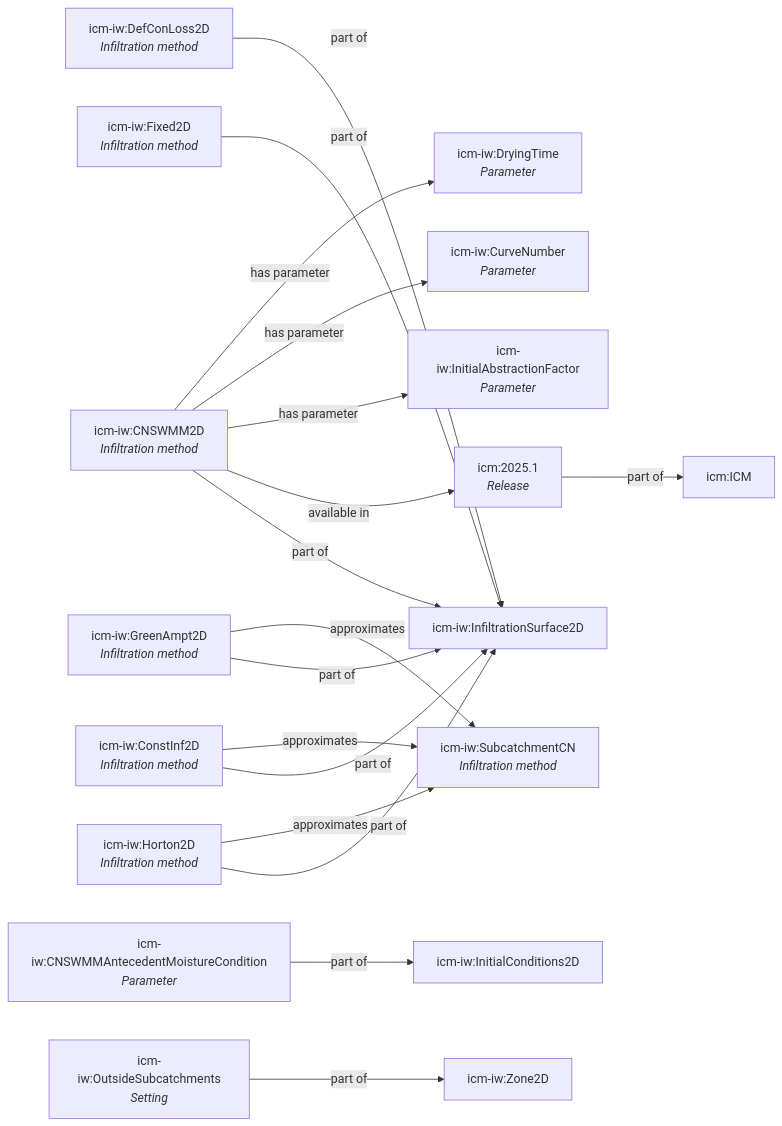
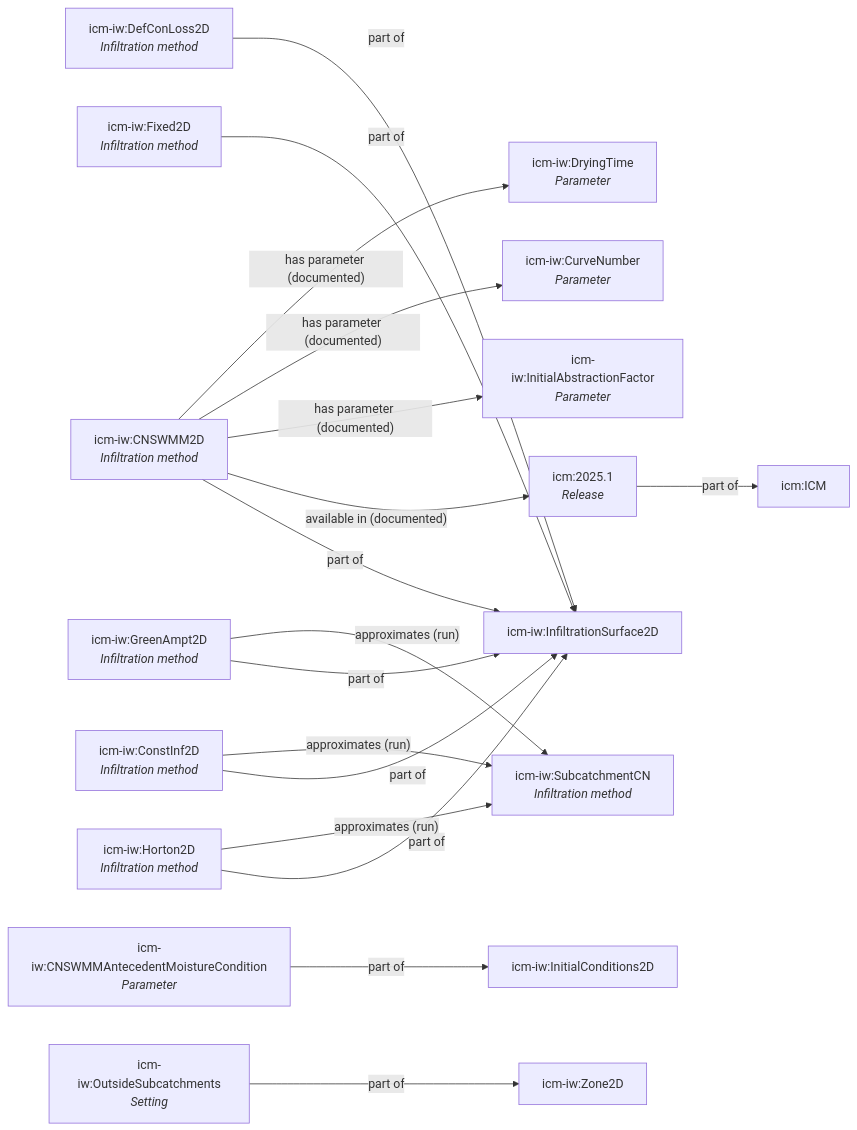
One commit to dickinsonre/swmm-second-brain changed the first of 3 diagrams in ontology/graph.md. Above: the diagram before and after it, drawn with Mermaid. The commit also changed other lines of this file and 21 other files, not shown here.

````diff
--- a/ontology/graph.md
+++ b/ontology/graph.md
@@ -7,36 +7,36 @@
 ```mermaid
 flowchart LR
   n0["icm-iw:Fixed2D<br/><i>Infiltration method</i>"]
   n1["icm-iw:InfiltrationSurface2D"]
   n2["icm-iw:Horton2D<br/><i>Infiltration method</i>"]
   n3["icm-iw:ConstInf2D<br/><i>Infiltration method</i>"]
   n4["icm-iw:GreenAmpt2D<br/><i>Infiltration method</i>"]
   n5["icm-iw:DefConLoss2D<br/><i>Infiltration method</i>"]
   n6["icm-iw:CNSWMM2D<br/><i>Infiltration method</i>"]
   n7["icm:2025.1<br/><i>Release</i>"]
   n8["icm:ICM"]
   n9["icm-iw:InitialAbstractionFactor<br/><i>Parameter</i>"]
   n10["icm-iw:CurveNumber<br/><i>Parameter</i>"]
   n11["icm-iw:DryingTime<br/><i>Parameter</i>"]
   n12["icm-iw:CNSWMMAntecedentMoistureCondition<br/><i>Parameter</i>"]
   n13["icm-iw:InitialConditions2D"]
   n14["icm-iw:SubcatchmentCN<br/><i>Infiltration method</i>"]
   n15["icm-iw:OutsideSubcatchments<br/><i>Setting</i>"]
   n16["icm-iw:Zone2D"]
-  n0 -- part of --> n1
-  n2 -- part of --> n1
-  n3 -- part of --> n1
-  n4 -- part of --> n1
-  n5 -- part of --> n1
-  n6 -- part of --> n1
-  n6 -- available in --> n7
-  n7 -- part of --> n8
-  n6 -- has parameter --> n9
-  n6 -- has parameter --> n10
-  n6 -- has parameter --> n11
-  n12 -- part of --> n13
-  n2 -- approximates --> n14
-  n4 -- approximates --> n14
-  n3 -- approximates --> n14
-  n15 -- part of --> n16
+  n0 -->|"part of"| n1
+  n2 -->|"part of"| n1
+  n3 -->|"part of"| n1
+  n4 -->|"part of"| n1
+  n5 -->|"part of"| n1
+  n6 -->|"part of"| n1
+  n6 -->|"available in (documented)"| n7
+  n7 -->|"part of"| n8
+  n6 -->|"has parameter (documented)"| n9
+  n6 -->|"has parameter (documented)"| n10
+  n6 -->|"has parameter (documented)"| n11
+  n12 -->|"part of"| n13
+  n2 -->|"approximates (run)"| n14
+  n4 -->|"approximates (run)"| n14
+  n3 -->|"approximates (run)"| n14
+  n15 -->|"part of"| n16
 ```
````
